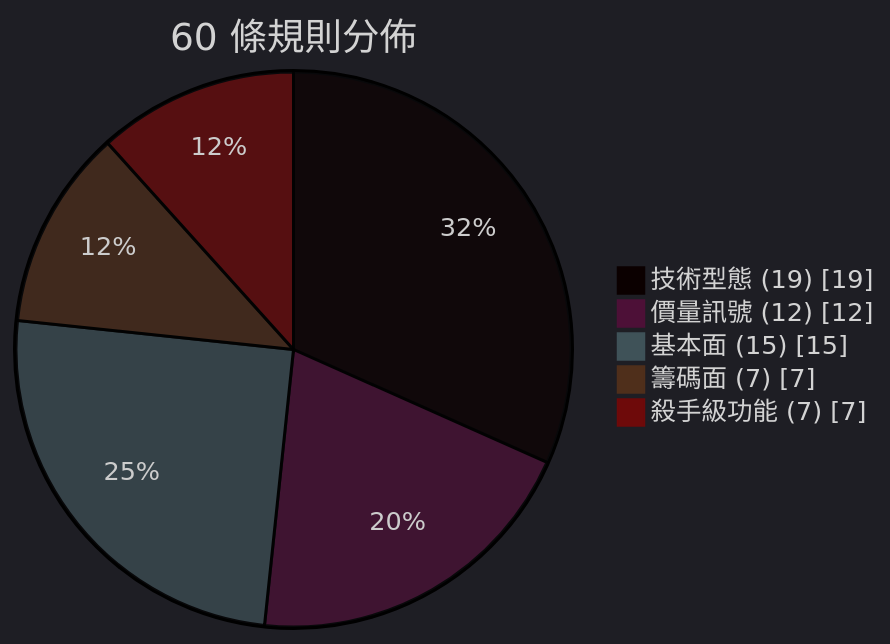
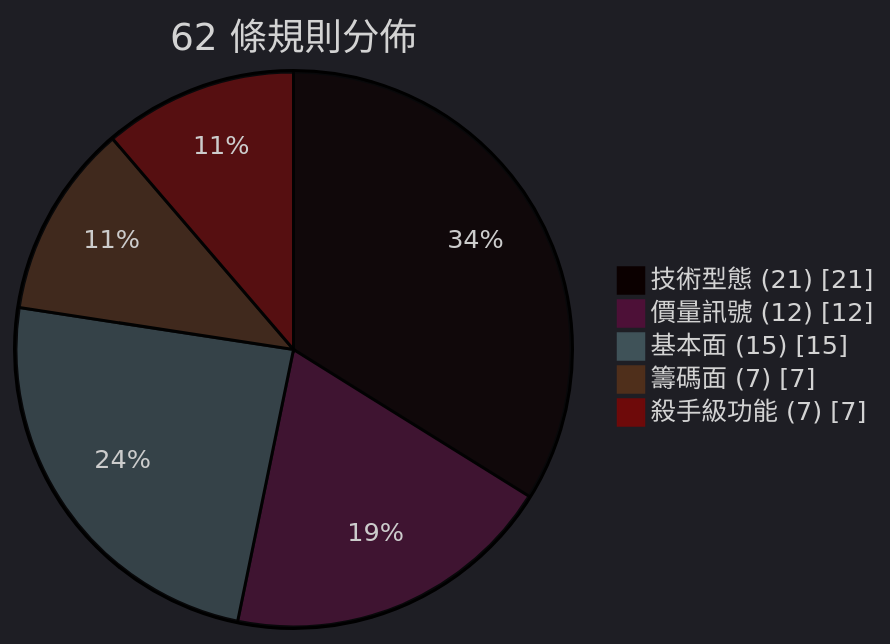
One commit to Neal75418/afterclose changed the second of 3 diagrams in docs/RULE_ENGINE.md. Above: the diagram before and after it, drawn with Mermaid. The commit also changed other lines of this file and 3 other files, not shown here.

````diff
--- a/docs/RULE_ENGINE.md
+++ b/docs/RULE_ENGINE.md
@@ -35,9 +35,9 @@
 ```mermaid
 %%{init: {'theme': 'dark'}}%%
-pie showData title 60 條規則分佈
-    "技術型態 (19)" : 19
+pie showData title 62 條規則分佈
+    "技術型態 (21)" : 21
     "價量訊號 (12)" : 12
     "基本面 (15)" : 15
     "籌碼面 (7)" : 7
     "殺手級功能 (7)" : 7
 ```
````
